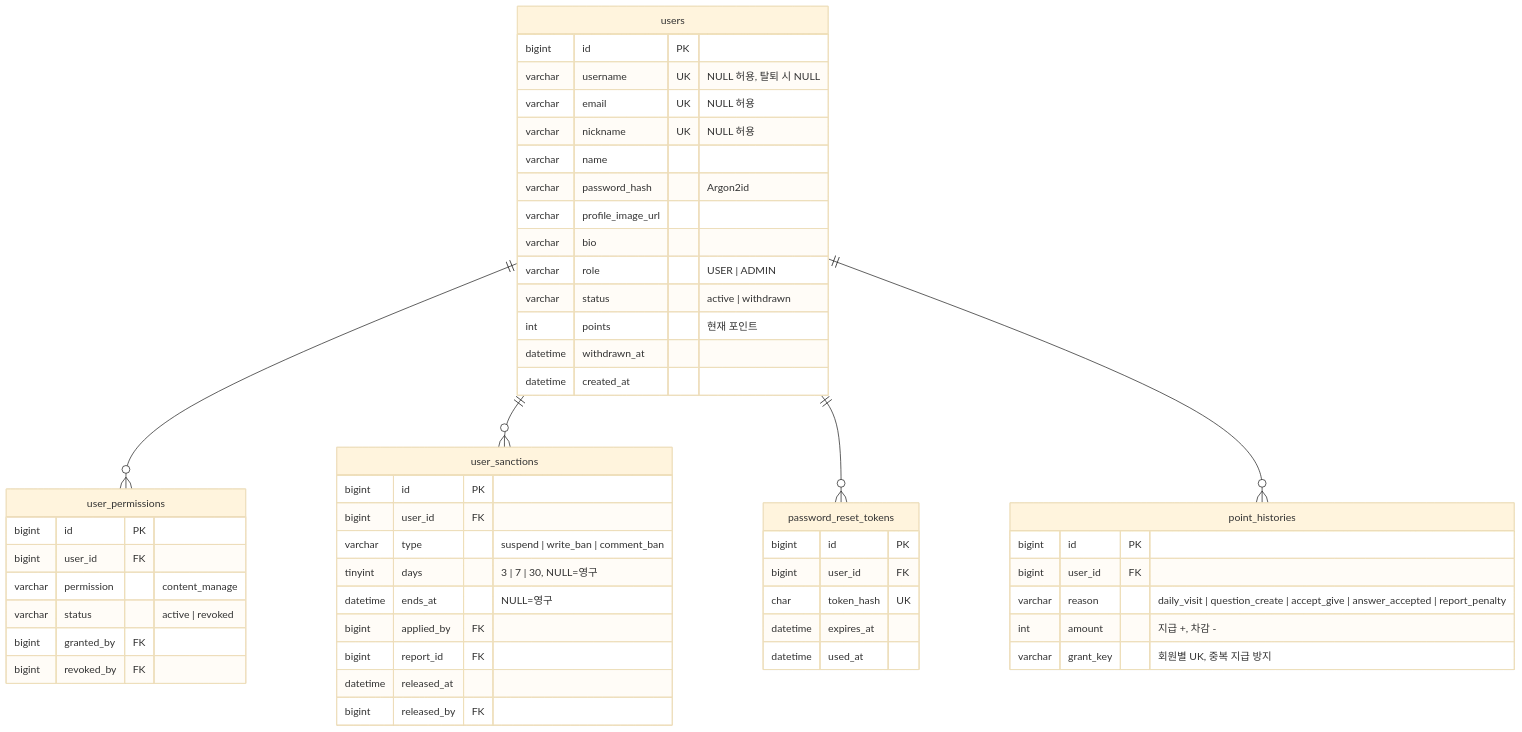
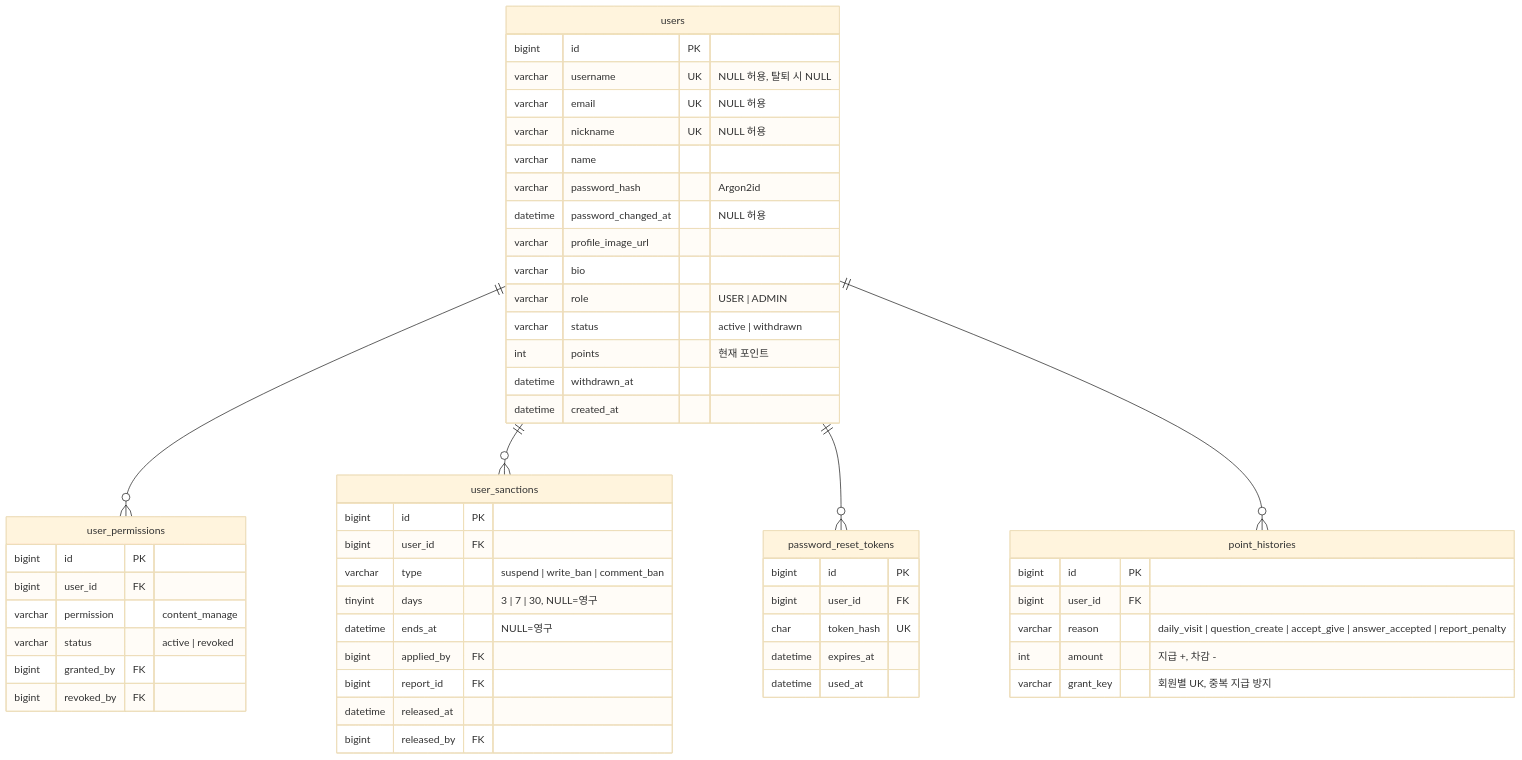
One commit to likelion-backendschool-11st/basic-project-1team changed the second of 4 diagrams in docs/04-db-design.md. Above: the diagram before and after it, drawn with Mermaid (base theme). The commit also changed other lines of this file and 1 other file, not shown here.

````diff
--- a/docs/04-db-design.md
+++ b/docs/04-db-design.md
@@ -101,55 +101,56 @@
 ```mermaid
 erDiagram
     users {
         bigint id PK
         varchar username UK "NULL 허용, 탈퇴 시 NULL"
         varchar email UK "NULL 허용"
         varchar nickname UK "NULL 허용"
         varchar name
         varchar password_hash "Argon2id"
+        datetime password_changed_at "NULL 허용"
         varchar profile_image_url
         varchar bio
         varchar role "USER | ADMIN"
         varchar status "active | withdrawn"
         int points "현재 포인트"
         datetime withdrawn_at
         datetime created_at
     }
     point_histories {
         bigint id PK
         bigint user_id FK
         varchar reason "daily_visit | question_create | accept_give | answer_accepted | report_penalty"
         int amount "지급 +, 차감 -"
         varchar grant_key "회원별 UK, 중복 지급 방지"
     }
     user_permissions {
         bigint id PK
         bigint user_id FK
         varchar permission "content_manage"
         varchar status "active | revoked"
         bigint granted_by FK
         bigint revoked_by FK
     }
     user_sanctions {
         bigint id PK
         bigint user_id FK
         varchar type "suspend | write_ban | comment_ban"
         tinyint days "3 | 7 | 30, NULL=영구"
         datetime ends_at "NULL=영구"
         bigint applied_by FK
         bigint report_id FK
         datetime released_at
         bigint released_by FK
     }
     password_reset_tokens {
         bigint id PK
         bigint user_id FK
         char token_hash UK
         datetime expires_at
         datetime used_at
     }
     users ||--o{ user_permissions : ""
     users ||--o{ user_sanctions : ""
     users ||--o{ password_reset_tokens : ""
     users ||--o{ point_histories : ""
 ```
````
